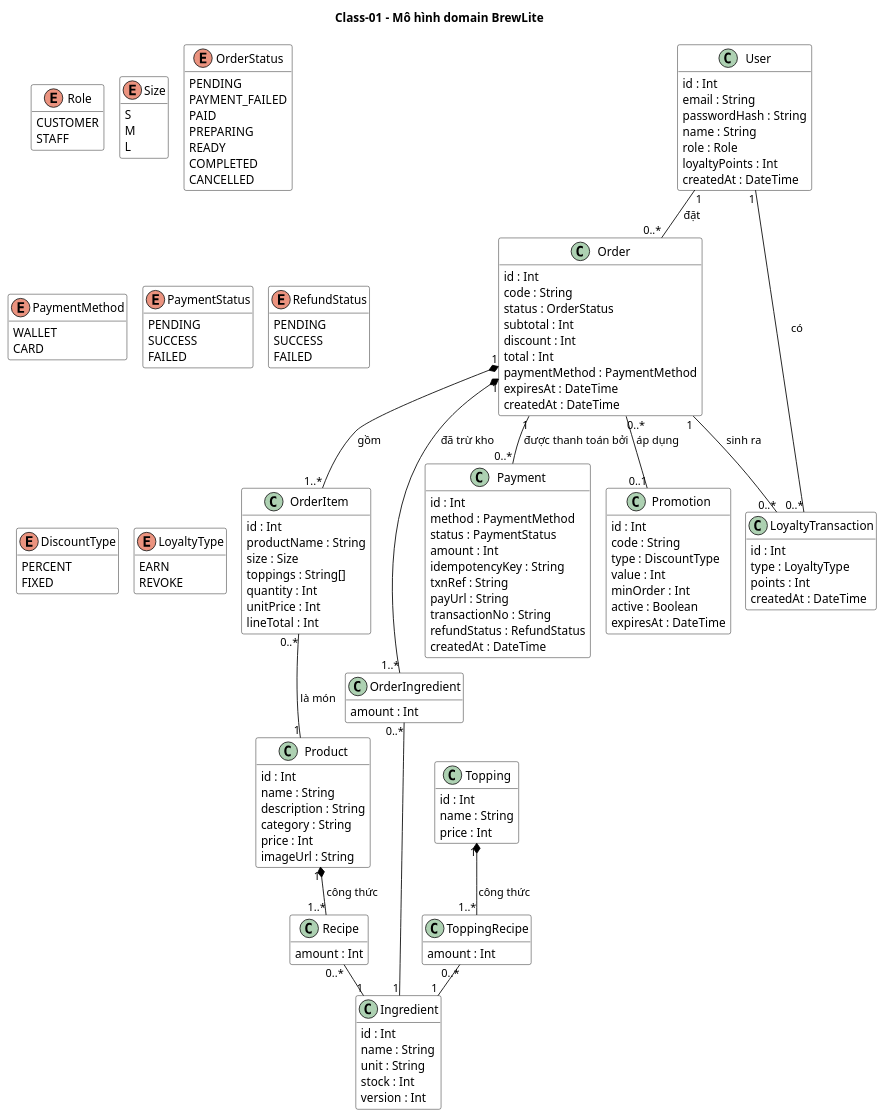
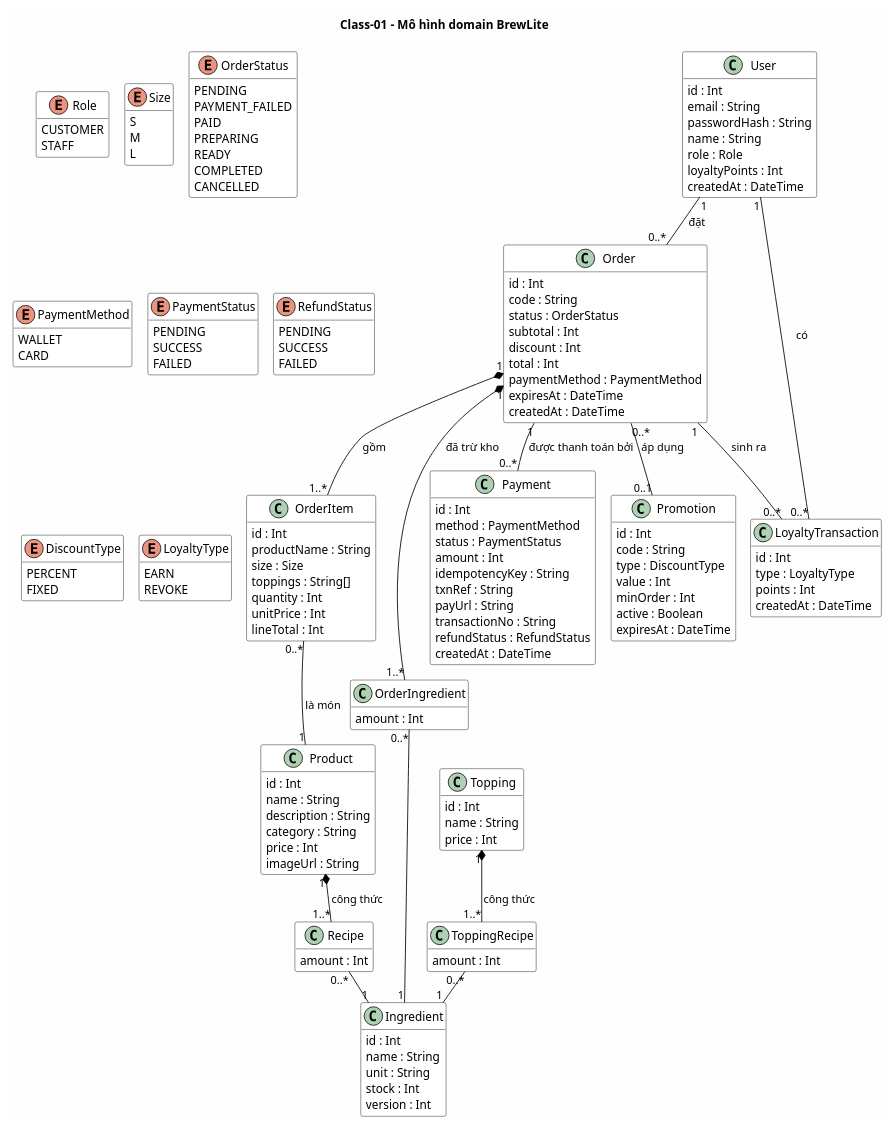
One commit to phi10hung/brewlite-ass2 changed the diagram in docs/diagrams/class-domain.puml. Above: the diagram before and after it, drawn with PlantUML. The commit also changed 7 other files, not shown here.

```diff
--- a/docs/diagrams/class-domain.puml
+++ b/docs/diagrams/class-domain.puml
@@ -1,166 +1,167 @@
 @startuml class-domain
 !pragma layout smetana
 title Class-01 – Mô hình domain BrewLite
 skinparam shadowing false
+skinparam backgroundColor #FEFEFE
 skinparam ArrowColor black
 skinparam ClassBackgroundColor white
 skinparam ClassBorderColor black
 skinparam ClassHeaderBackgroundColor white
 skinparam StereotypeCBackgroundColor white
 skinparam StereotypeCBorderColor black
 skinparam StereotypeEBackgroundColor white
 skinparam StereotypeEBorderColor black
 hide empty methods
 
 enum Role {
   CUSTOMER
   STAFF
 }
 enum Size {
   S
   M
   L
 }
 enum OrderStatus {
   PENDING
   PAYMENT_FAILED
   PAID
   PREPARING
   READY
   COMPLETED
   CANCELLED
 }
 enum PaymentMethod {
   WALLET
   CARD
 }
 enum PaymentStatus {
   PENDING
   SUCCESS
   FAILED
 }
 enum RefundStatus {
   PENDING
   SUCCESS
   FAILED
 }
 enum DiscountType {
   PERCENT
   FIXED
 }
 enum LoyaltyType {
   EARN
   REVOKE
 }
 
 class User {
   id : Int
   email : String
   passwordHash : String
   name : String
   role : Role
   loyaltyPoints : Int
   createdAt : DateTime
 }
 
 class Product {
   id : Int
   name : String
   description : String
   category : String
   price : Int
   imageUrl : String
 }
 
 class Topping {
   id : Int
   name : String
   price : Int
 }
 
 class Ingredient {
   id : Int
   name : String
   unit : String
   stock : Int
   version : Int
 }
 
 class Recipe {
   amount : Int
 }
 
 class ToppingRecipe {
   amount : Int
 }
 
 class Order {
   id : Int
   code : String
   status : OrderStatus
   subtotal : Int
   discount : Int
   total : Int
   paymentMethod : PaymentMethod
   expiresAt : DateTime
   createdAt : DateTime
 }
 
 class OrderItem {
   id : Int
   productName : String
   size : Size
   toppings : String[]
   quantity : Int
   unitPrice : Int
   lineTotal : Int
 }
 
 class OrderIngredient {
   amount : Int
 }
 
 class Payment {
   id : Int
   method : PaymentMethod
   status : PaymentStatus
   amount : Int
   idempotencyKey : String
   txnRef : String
   payUrl : String
   transactionNo : String
   refundStatus : RefundStatus
   createdAt : DateTime
 }
 
 class Promotion {
   id : Int
   code : String
   type : DiscountType
   value : Int
   minOrder : Int
   active : Boolean
   expiresAt : DateTime
 }
 
 class LoyaltyTransaction {
   id : Int
   type : LoyaltyType
   points : Int
   createdAt : DateTime
 }
 
 User "1" -- "0..*" Order : đặt >
 User "1" -- "0..*" LoyaltyTransaction : có >
 Order "1" *-- "1..*" OrderItem : gồm >
 OrderItem "0..*" -- "1" Product : là món >
 Order "1" -- "0..*" Payment : được thanh toán bởi >
 Order "0..*" -- "0..1" Promotion : áp dụng >
 Order "1" -- "0..*" LoyaltyTransaction : sinh ra >
 Order "1" *-- "1..*" OrderIngredient : đã trừ kho >
 OrderIngredient "0..*" -- "1" Ingredient
 Product "1" *-- "1..*" Recipe : công thức >
 Recipe "0..*" -- "1" Ingredient
 Topping "1" *-- "1..*" ToppingRecipe : công thức >
 ToppingRecipe "0..*" -- "1" Ingredient
 @enduml
```
